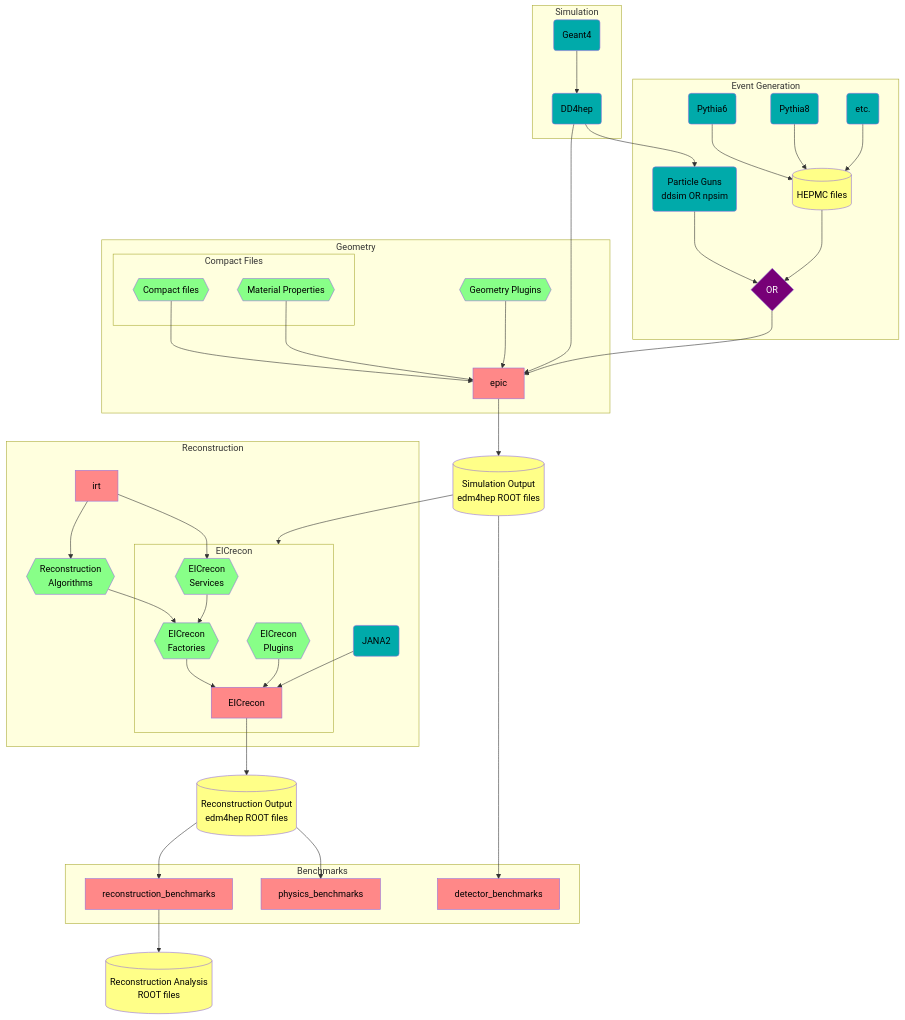
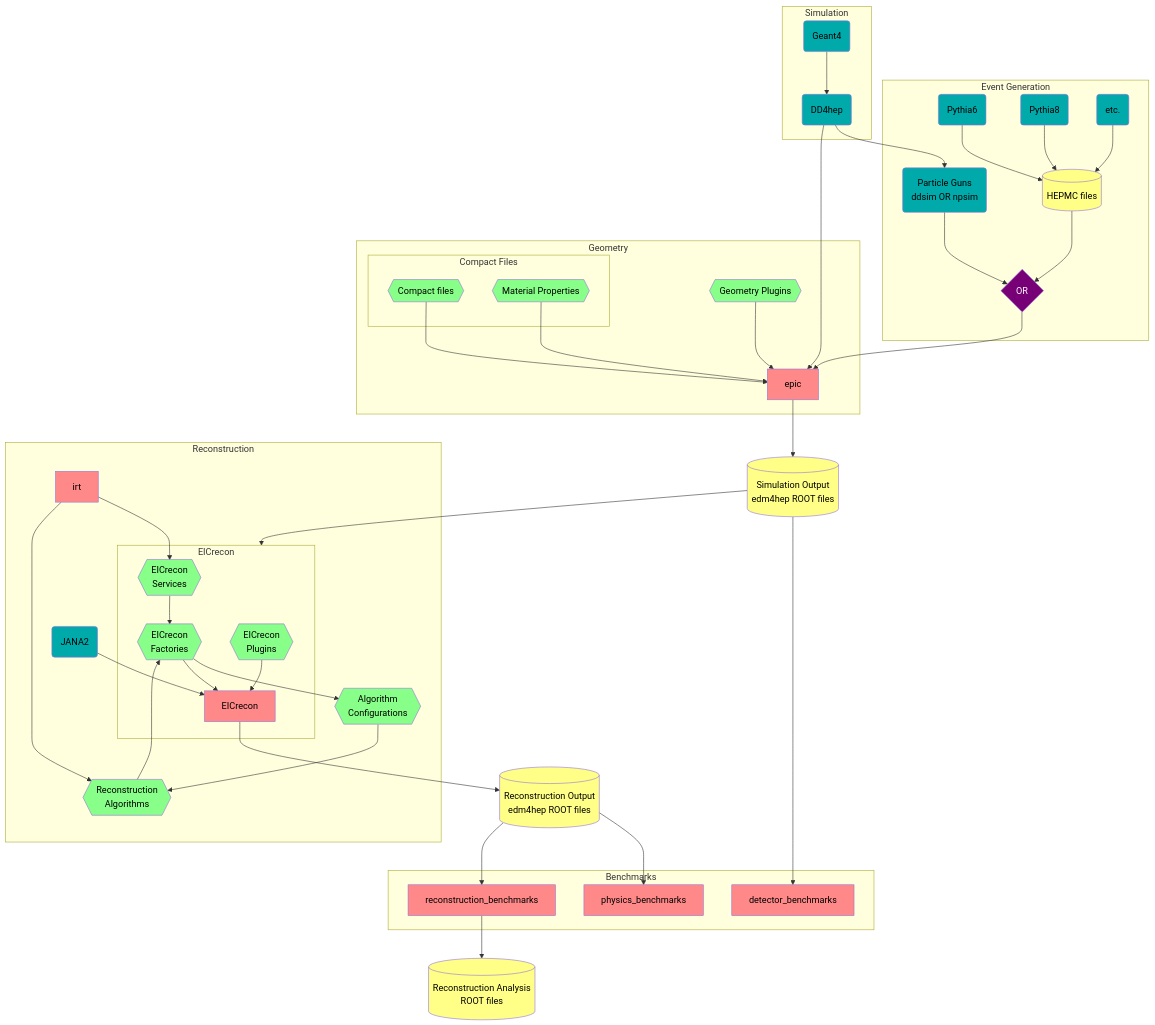
The third of 3 diagrams in README.md (eic/drich-dev), drawn with Mermaid before and after one commit.

Commit message:
modified:   README.md

````diff
--- a/README.md
+++ b/README.md
@@ -228,78 +228,81 @@
 ```mermaid
 flowchart TB
   classDef epic fill:#ff8888,color:black
   classDef dep fill:#00aaaa,color:black
   classDef obj fill:#88ff88,color:black
   classDef data fill:#ffff88,color:black
   classDef op fill:#770077,color:white
 
   subgraph Event Generation
     Pythia6(Pythia6):::dep
     Pythia8(Pythia8):::dep
     OtherGen(etc.):::dep
     Hepmc[(HEPMC files)]:::data
     Gun(Particle Guns<br/>ddsim OR npsim):::dep
     GenOR{OR}:::op
   end
   Pythia6  --> Hepmc
   Pythia8  --> Hepmc
   OtherGen --> Hepmc
   Hepmc    --> GenOR
   Gun      --> GenOR
 
   subgraph Simulation
     DD4hep(DD4hep):::dep
     Geant(Geant4):::dep
   end
   Geant --> DD4hep
 
   subgraph Geometry
     Epic[epic]:::epic
     subgraph Compact Files
       DDCompact{{Compact files}}:::obj
       DDMat{{Material Properties}}:::obj
     end
     DDPlugin{{Geometry Plugins}}:::obj
   end
   SimOut[(Simulation Output<br/>edm4hep ROOT files)]:::data
   DD4hep    --> Gun
   GenOR     --> Epic
   DD4hep    --> Epic
   DDCompact --> Epic
   DDPlugin  --> Epic
   DDMat     --> Epic
   Epic      --> SimOut
 
   subgraph Reconstruction
     JANA(JANA2):::dep
     IRT[irt]:::epic
     RecoAlgorithms{{Reconstruction<br/>Algorithms}}:::obj
+    RecoAlgorithmConfigs{{Algorithm<br/>Configurations}}:::obj
     subgraph EICrecon
       EICreconPlugins{{EICrecon<br/>Plugins}}:::obj
       EICreconFactories{{EICrecon<br/>Factories}}:::obj
       EICreconServices{{EICrecon<br/>Services}}:::obj
       EICreconRepo[EICrecon]:::epic
     end
   end
   RecOut[(Reconstruction Output<br/>edm4hep ROOT files)]:::data
-  SimOut            ---> EICrecon
-  JANA              -->  EICreconRepo
-  IRT               -->  EICreconServices
-  IRT               -->  RecoAlgorithms
-  EICreconServices  -->  EICreconFactories
-  RecoAlgorithms    -->  EICreconFactories
-  EICreconFactories -->  EICreconRepo
-  EICreconPlugins   -->  EICreconRepo
-  EICreconRepo      -->  RecOut
+  SimOut               ---> EICrecon
+  JANA                 -->  EICreconRepo
+  IRT                  -->  EICreconServices
+  IRT                  -->  RecoAlgorithms
+  RecoAlgorithmConfigs -->  RecoAlgorithms
+  EICreconServices     -->  EICreconFactories
+  RecoAlgorithms       -->  EICreconFactories
+  EICreconFactories    -->  RecoAlgorithmConfigs
+  EICreconFactories    -->  EICreconRepo
+  EICreconPlugins      -->  EICreconRepo
+  EICreconRepo         -->  RecOut
 
   subgraph Benchmarks
     PhysicsBenchmarks[physics_benchmarks]:::epic
     DetectorBenchmarks[detector_benchmarks]:::epic
     ReconstructionBenchmarks[reconstruction_benchmarks]:::epic
   end
   AnaOut[(Reconstruction Analysis<br/>ROOT files)]:::data
   SimOut --> DetectorBenchmarks
   RecOut --> PhysicsBenchmarks
   RecOut --> ReconstructionBenchmarks --> AnaOut
 
 ```
````
